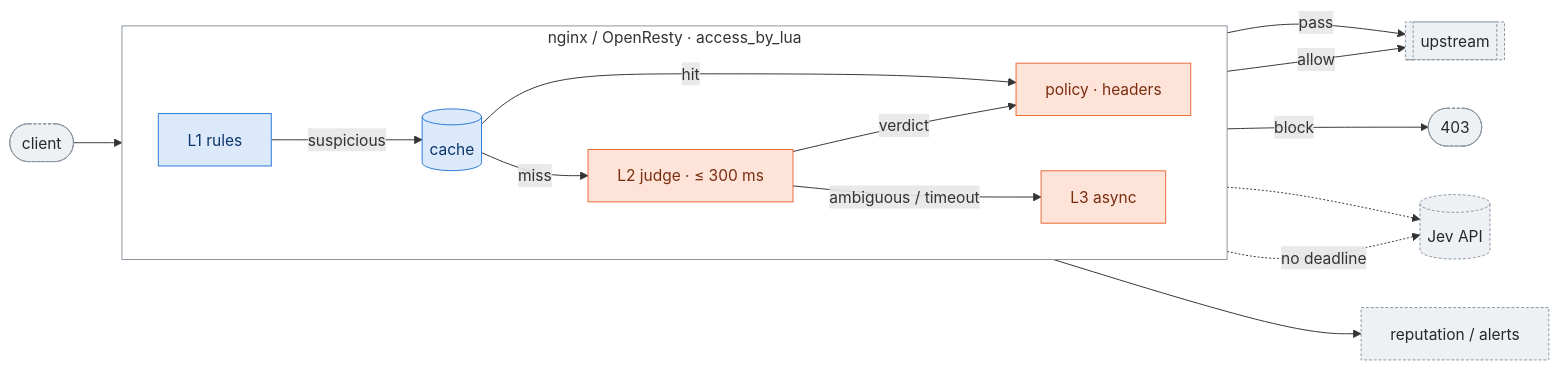
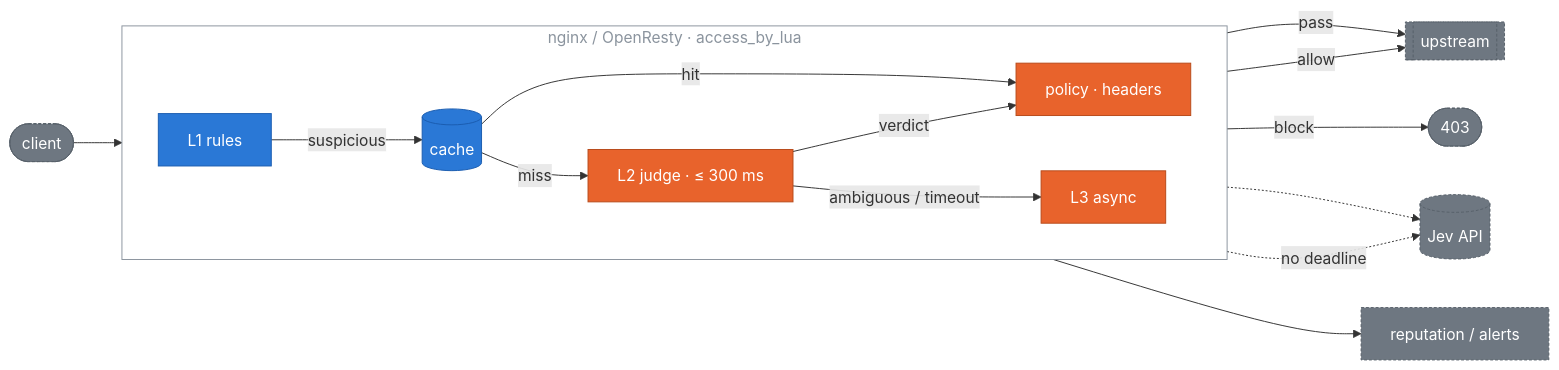
Before and after one commit to kiwi0719/jev-edge: the diagram in README.md, drawn with Mermaid.

Commit message:
docs: mermaid node colors readable in dark theme
Saturated fills with white text work on both light and dark
backgrounds; the pastel fills only assumed a white page.

````diff
--- a/README.md
+++ b/README.md
@@ -156,26 +156,26 @@
 ```mermaid
 flowchart LR
     client([client]) --> L1
     subgraph edge [nginx / OpenResty · access_by_lua]
         direction LR
         L1[L1 rules] -->|suspicious| cache[(cache)]
         cache -->|miss| L2[L2 judge · ≤ 300 ms]
         cache -->|hit| policy
         L2 -->|verdict| policy[policy · headers]
         L2 -->|ambiguous / timeout| L3[L3 async]
     end
     L1 -->|pass| up[[upstream]]
     policy -->|allow| up
     policy -->|block| deny([403])
     L2 -.-> jev[(Jev API)]
     L3 -.->|no deadline| jev
     L3 --> rep[reputation / alerts]
 
-    classDef cheap fill:#dbe9fa,stroke:#2a78d6,color:#0d366b
-    classDef judge fill:#fde3d8,stroke:#eb6834,color:#7a2e10
-    classDef ext fill:#eef1f4,stroke:#8b949e,color:#24292f,stroke-dasharray:3 2
+    classDef cheap fill:#2a78d6,stroke:#1a5cb0,color:#ffffff
+    classDef judge fill:#e8632c,stroke:#b84a1a,color:#ffffff
+    classDef ext fill:#6e7781,stroke:#57606a,color:#ffffff,stroke-dasharray:3 2
     class L1,cache cheap
     class L2,L3,policy judge
     class client,up,deny,jev,rep ext
-    style edge fill:transparent,stroke:#8b949e
+    style edge fill:transparent,stroke:#8b949e,color:#8b949e
 ```
````
